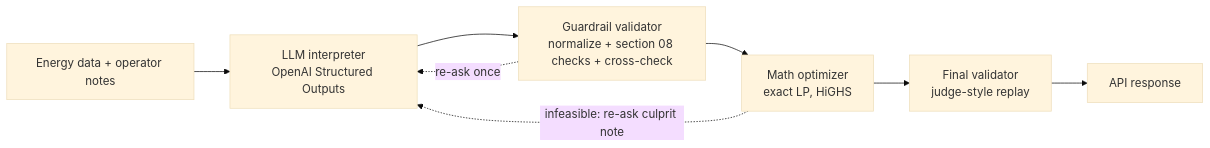
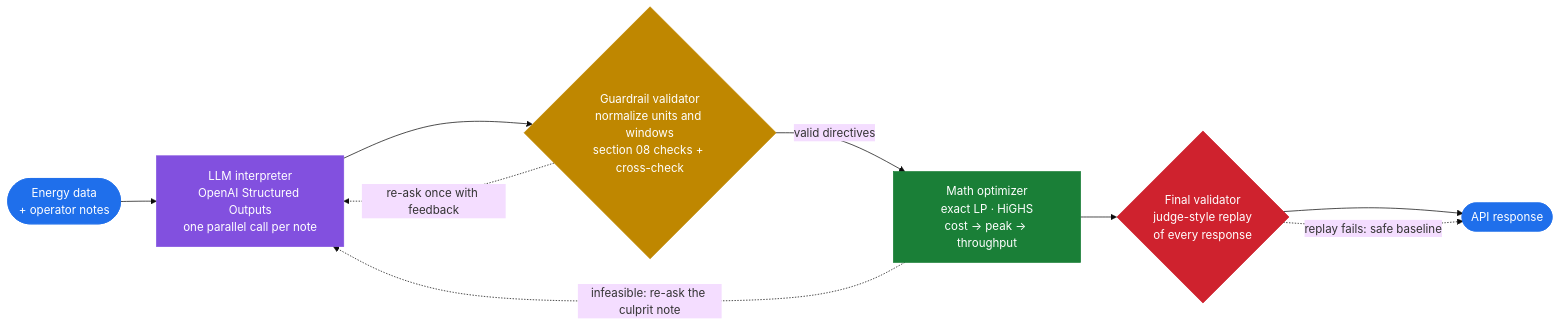
The diagram in README.md (ahmed3142/gridwise), drawn with Mermaid (base theme) before and after one commit. The commit also changed other lines of this file, not shown here.

Commit message:
README: professional layout with stack badges, runbook callouts, colored architecture diagram, directive catalogue, measured results

````diff
--- a/README.md
+++ b/README.md
@@ -18,10 +68,17 @@
 ```mermaid
 flowchart LR
-    A[Energy data + operator notes] --> B[LLM interpreter<br/>OpenAI Structured Outputs]
-    B --> C[Guardrail validator<br/>normalize + section 08 checks + cross-check]
-    C --> D[Math optimizer<br/>exact LP, HiGHS]
-    D --> E[Final validator<br/>judge-style replay]
-    E --> F[API response]
-    C -. re-ask once .-> B
-    D -. infeasible: re-ask culprit note .-> B
+    A([Energy data<br/>+ operator notes]):::io --> B[LLM interpreter<br/>OpenAI Structured Outputs<br/>one parallel call per note]:::llm
+    B --> C{Guardrail validator<br/>normalize units and windows<br/>section 08 checks + cross-check}:::guard
+    C -- valid directives --> D[Math optimizer<br/>exact LP · HiGHS<br/>cost → peak → throughput]:::opt
+    D --> E{Final validator<br/>judge-style replay<br/>of every response}:::check
+    E --> F([API response]):::io
+    C -. re-ask once with feedback .-> B
+    D -. infeasible: re-ask the culprit note .-> B
+    E -. replay fails: safe baseline .-> F
+
+    classDef io fill:#1f6feb,stroke:#1f6feb,color:#ffffff
+    classDef llm fill:#8250df,stroke:#8250df,color:#ffffff
+    classDef guard fill:#bf8700,stroke:#bf8700,color:#ffffff
+    classDef opt fill:#1a7f37,stroke:#1a7f37,color:#ffffff
+    classDef check fill:#cf222e,stroke:#cf222e,color:#ffffff
 ```
````
